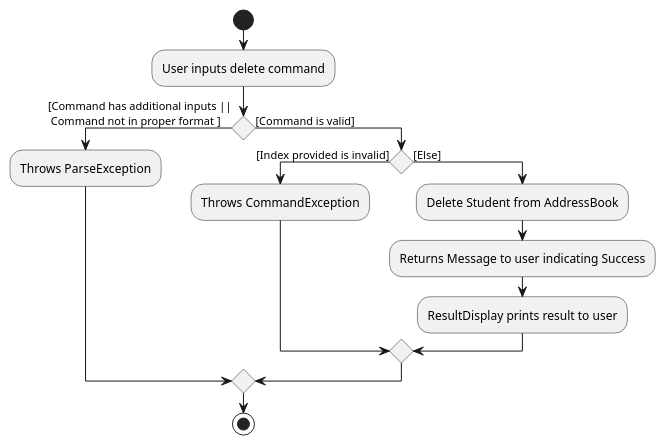
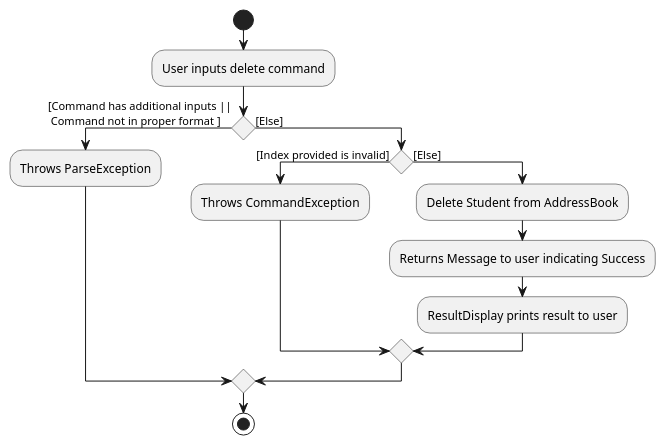
One commit to nus-cs2103-AY2122S2/tp changed the diagram in docs/diagrams/DeleteActivityDiagram.puml. Above: the diagram before and after it, drawn with PlantUML.

```diff
--- a/docs/diagrams/DeleteActivityDiagram.puml
+++ b/docs/diagrams/DeleteActivityDiagram.puml
@@ -1,25 +1,25 @@
 @startuml
 'https://plantuml.com/activity-diagram-beta
 
 start
 
 :User inputs delete command;
 
 If () then ([Command has additional inputs ||\n Command not in proper format ])
     :Throws ParseException;
 
-    else ([Command is valid])
+    else ([Else])
 
 
     If () then ([Index provided is invalid])
     :Throws CommandException;
 
     else ([Else])
         :Delete Student from AddressBook;
         :Returns Message to user indicating Success;
         :ResultDisplay prints result to user;
         endif
     endif
 stop
 
 @enduml
```
